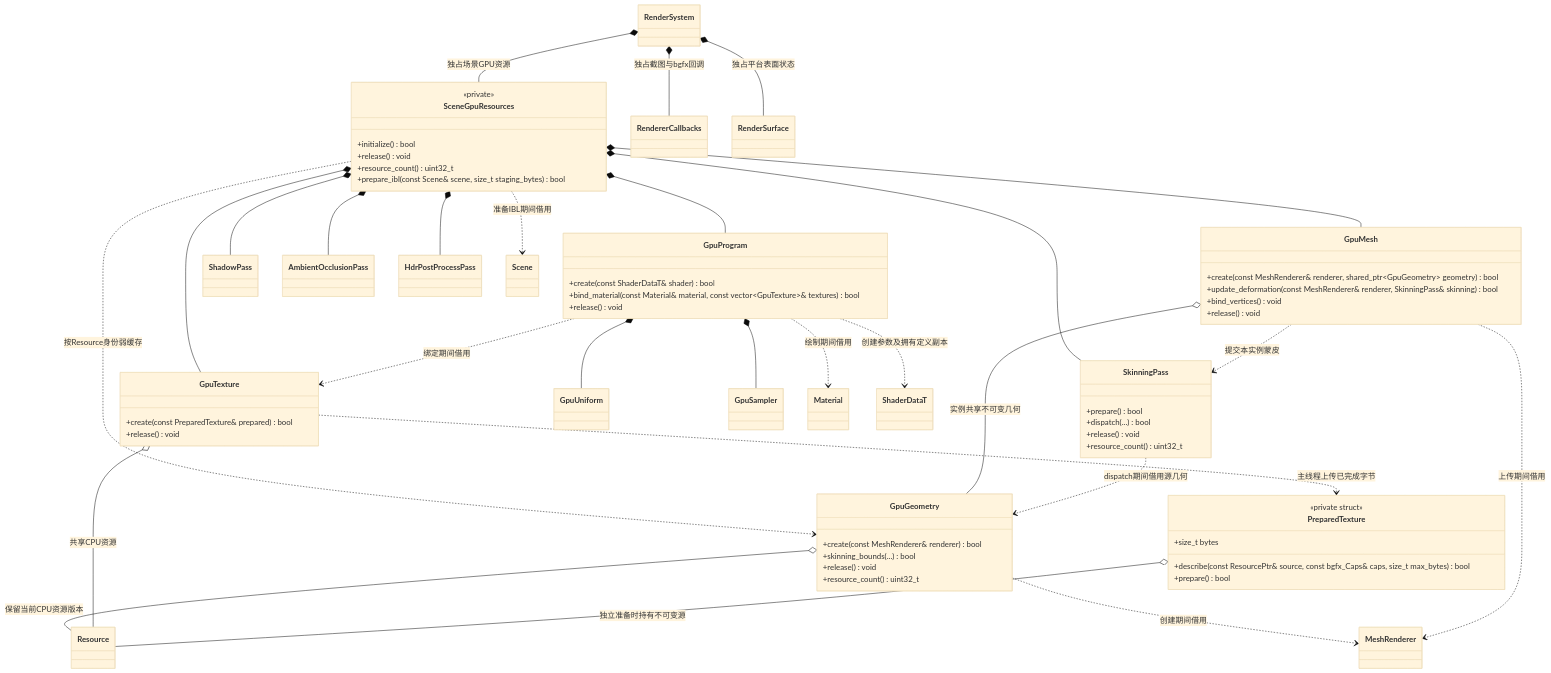
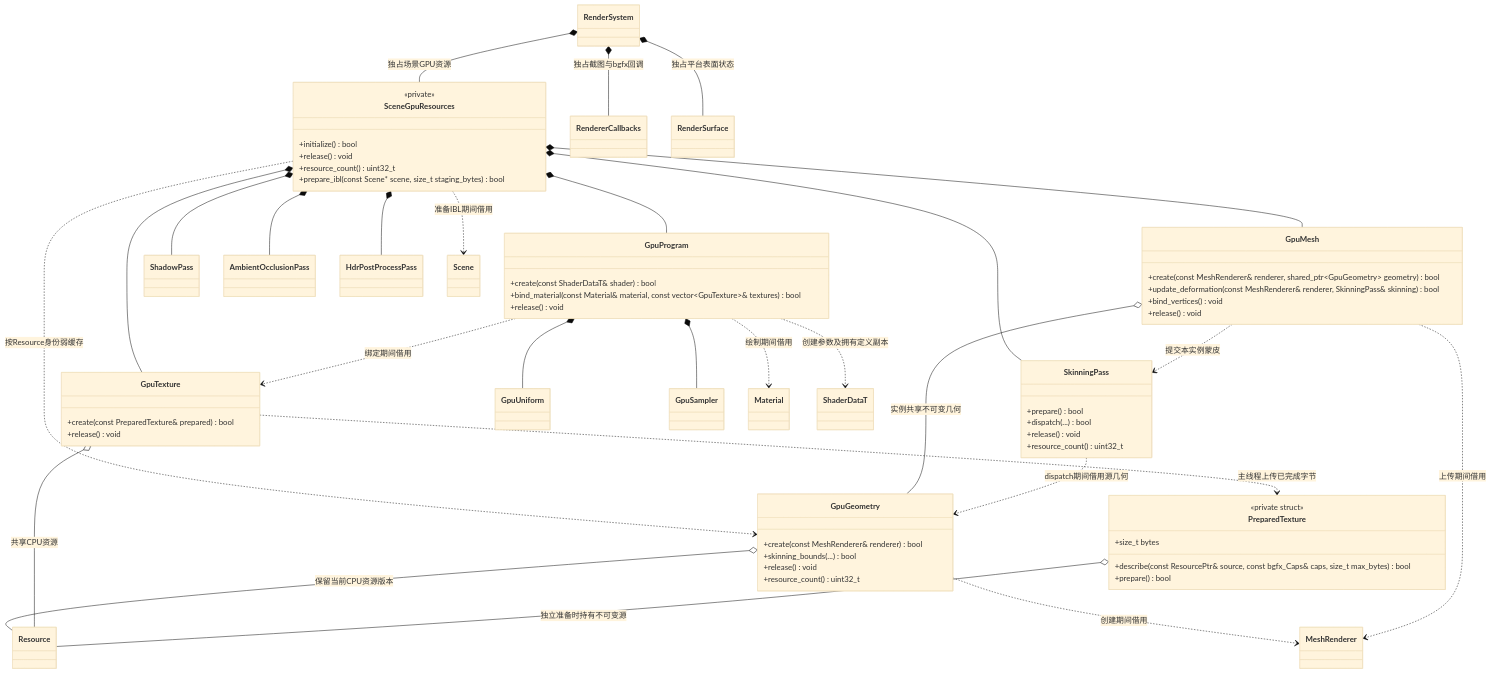
One commit to lcals/Engine changed the first of 7 diagrams in docs/runtime/class-diagrams/render-system.md. Above: the diagram before and after it, drawn with Mermaid (base theme). The commit also changed other lines of this file and 98 other files, not shown here.

````diff
--- a/docs/runtime/class-diagrams/render-system.md
+++ b/docs/runtime/class-diagrams/render-system.md
@@ -13,82 +13,82 @@
 ```mermaid
 classDiagram
     class RenderSystem
     class SceneGpuResources {
         <<private>>
         +initialize() bool
         +release() void
         +resource_count() uint32_t
-        +prepare_ibl(const Scene& scene, size_t staging_bytes) bool
+        +prepare_ibl(const Scene* scene, size_t staging_bytes) bool
     }
     class GpuTexture {
         +create(const PreparedTexture& prepared) bool
         +release() void
     }
     class PreparedTexture {
         <<private struct>>
         +describe(const ResourcePtr& source, const bgfx_Caps& caps, size_t max_bytes) bool
         +prepare() bool
         +size_t bytes
     }
     class GpuProgram {
         +create(const ShaderDataT& shader) bool
         +bind_material(const Material& material, const vector~GpuTexture~& textures) bool
         +release() void
     }
     class GpuMesh {
         +create(const MeshRenderer& renderer, shared_ptr~GpuGeometry~ geometry) bool
         +update_deformation(const MeshRenderer& renderer, SkinningPass& skinning) bool
         +bind_vertices() void
         +release() void
     }
     class GpuGeometry {
         +create(const MeshRenderer& renderer) bool
         +skinning_bounds(...) bool
         +release() void
         +resource_count() uint32_t
     }
     class SkinningPass {
         +prepare() bool
         +dispatch(...) bool
         +release() void
         +resource_count() uint32_t
     }
     class GpuUniform
     class GpuSampler
     class ShadowPass
     class AmbientOcclusionPass
     class HdrPostProcessPass
     class RendererCallbacks
     class RenderSurface
     class Resource
     class Scene
     class Material
     class MeshRenderer
     class ShaderDataT
     RenderSystem *-- SceneGpuResources : 独占场景GPU资源
     RenderSystem *-- RendererCallbacks : 独占截图与bgfx回调
     RenderSystem *-- RenderSurface : 独占平台表面状态
     SceneGpuResources *-- GpuTexture
     SceneGpuResources *-- GpuProgram
     SceneGpuResources *-- GpuMesh
     SceneGpuResources ..> GpuGeometry : 按Resource身份弱缓存
     SceneGpuResources *-- SkinningPass
     GpuMesh o-- GpuGeometry : 实例共享不可变几何
     GpuGeometry o-- Resource : 保留当前CPU资源版本
     GpuGeometry ..> MeshRenderer : 创建期间借用
     GpuMesh ..> SkinningPass : 提交本实例蒙皮
     SkinningPass ..> GpuGeometry : dispatch期间借用源几何
     SceneGpuResources *-- ShadowPass
     SceneGpuResources *-- AmbientOcclusionPass
     SceneGpuResources *-- HdrPostProcessPass
     SceneGpuResources ..> Scene : 准备IBL期间借用
     GpuTexture o-- Resource : 共享CPU资源
     PreparedTexture o-- Resource : 独立准备时持有不可变源
     GpuTexture ..> PreparedTexture : 主线程上传已完成字节
     GpuProgram *-- GpuUniform
     GpuProgram *-- GpuSampler
     GpuProgram ..> ShaderDataT : 创建参数及拥有定义副本
     GpuProgram ..> Material : 绘制期间借用
     GpuProgram ..> GpuTexture : 绑定期间借用
     GpuMesh ..> MeshRenderer : 上传期间借用
 ```
````
